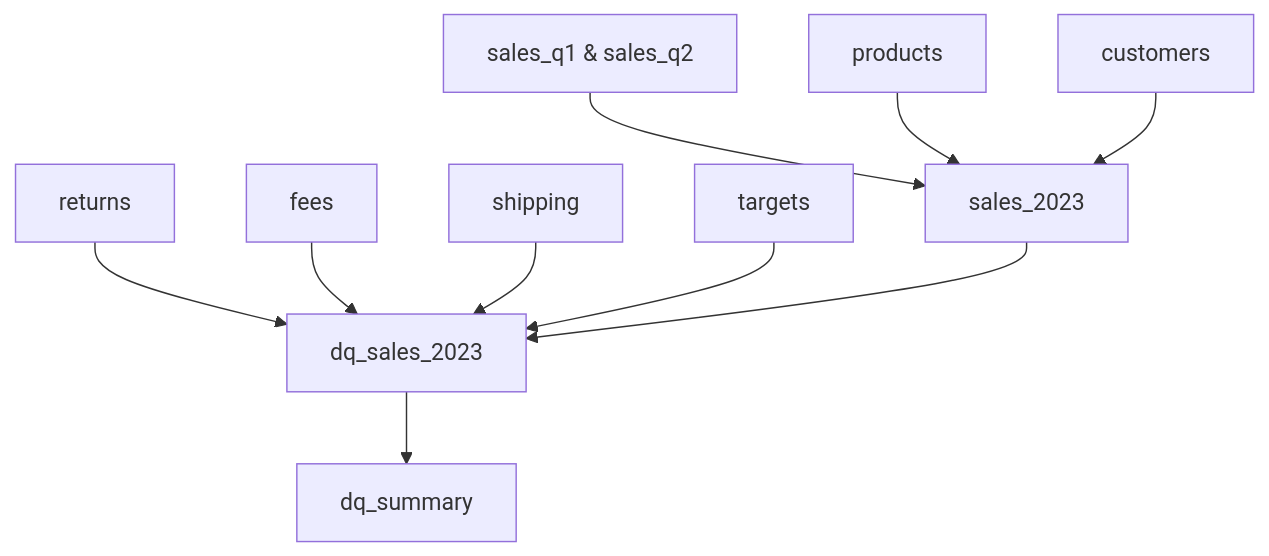
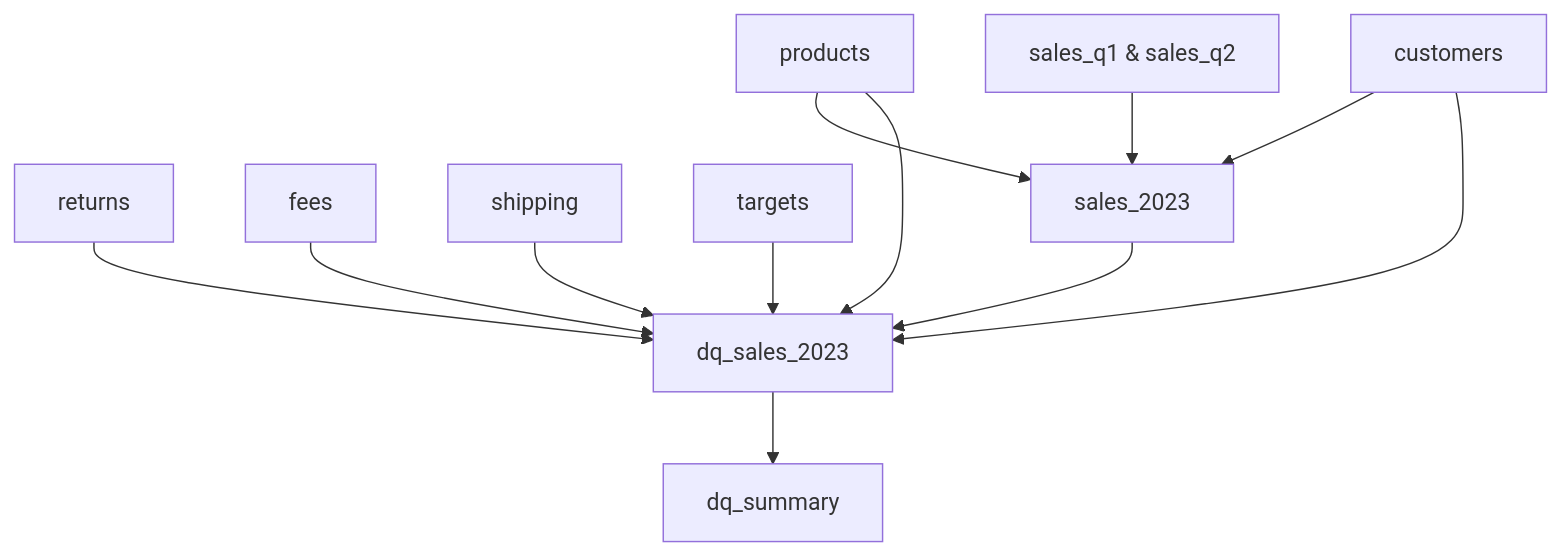
Before and after one commit to moniburnejko/ecommerce-etl-dq: the diagram in README.md, drawn with Mermaid.

Commit message:
Add new mappings for B and C to I

````diff
--- a/README.md
+++ b/README.md
@@ -117,23 +117,25 @@
 ```mermaid
 flowchart TD
   A[sales_q1 & sales_q2]
   B[products]
   C[customers]
   D[returns]
   E[fees]
   F[shipping]
   G[targets]
   H[sales_2023]
   I[dq_sales_2023]
   J[dq_summary]
 
   A --> H
   B --> H
   C --> H
+  B --> I
+  C --> I
   D --> I
   E --> I
   F --> I
   G --> I
   H --> I
   I --> J
 ```
````
